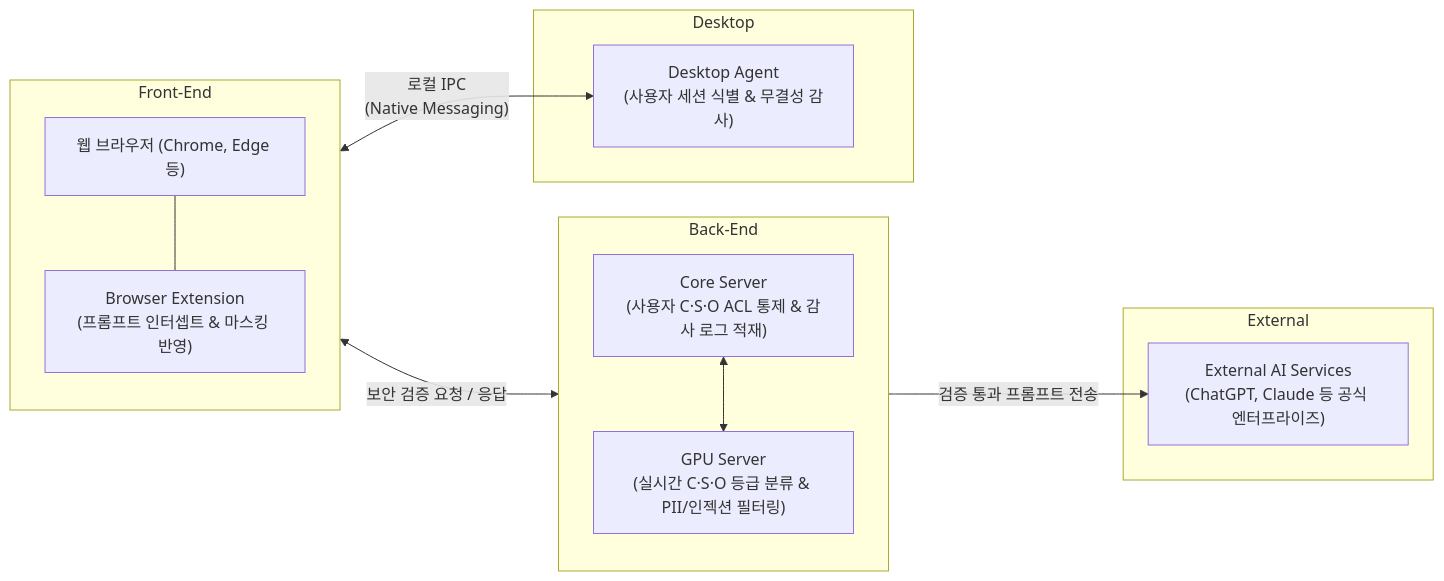
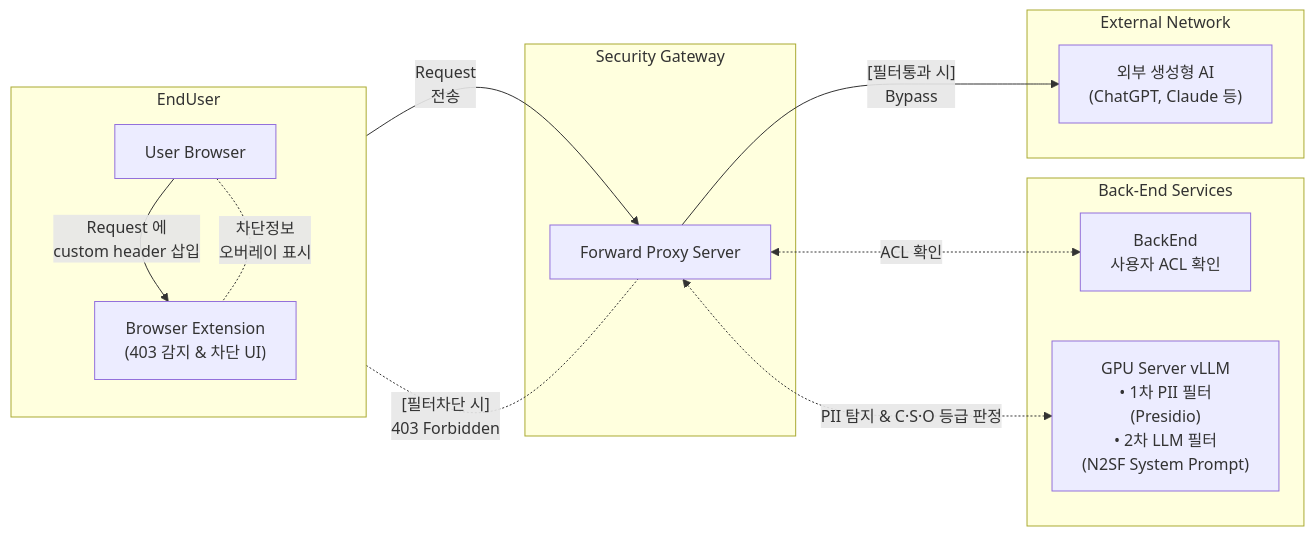
The diagram in docs/writing/2026/12c61b06-a1d1-4ec8-aa63-2b7b22762bb4.md (orselv99/orselv99.github.io), drawn with Mermaid before and after one commit. The commit also changed other lines of this file and 10 other files, not shown here.

````diff
--- a/docs/writing/2026/12c61b06-a1d1-4ec8-aa63-2b7b22762bb4.md
+++ b/docs/writing/2026/12c61b06-a1d1-4ec8-aa63-2b7b22762bb4.md
@@ -41,33 +41,32 @@
 ```mermaid
 flowchart LR
-    %% 1. Front-End
-    subgraph FrontEnd["Front-End"]
+    subgraph EndUser["EndUser"]
         direction TB
-        Browser["웹 브라우저 (Chrome, Edge 등)"]
-        Extension["Browser Extension<br/>(프롬프트 인터셉트 & 마스킹 반영)"]
-        Browser --- Extension
+        Browser["User Browser"]
+        Ext["Browser Extension<br/>(403 감지 & 차단 UI)"]
     end
 
-    %% 2. Desktop
-    subgraph Desktop["Desktop"]
-        Agent["Desktop Agent<br/>(사용자 세션 식별 & 무결성 감사)"]
+    subgraph ProxyLayer["Security Gateway"]
+        Proxy["Forward Proxy Server"]
     end
 
-    %% 3. Back-End
-    subgraph BackEnd["Back-End"]
-        direction TB
-        CoreServer["Core Server<br/>(사용자 C·S·O ACL 통제 & 감사 로그 적재)"]
-        GPUServer["GPU Server<br/>(실시간 C·S·O 등급 분류 & PII/인젝션 필터링)"]
-        CoreServer <--> GPUServer
+    subgraph Back-End Services["Back-End Services"]
+        BackEnd["BackEnd<br/>사용자 ACL 확인"]
+        GPUServer["GPU Server vLLM<br/>• 1차 PII 필터<br/>(Presidio)<br/>• 2차 LLM 필터<br/>(N2SF System Prompt)"]
     end
 
-    %% 4. External
-    subgraph External["External"]
-        ExternalAI["External AI Services<br/>(ChatGPT, Claude 등 공식 엔터프라이즈)"]
+    subgraph External["External Network"]
+        ISP["외부 생성형 AI<br/>(ChatGPT, Claude 등)"]
     end
 
-    %% 컴포넌트 간 연결
-    Extension <-->|"로컬 IPC<br/>(Native Messaging)"| Agent
-    Extension <-->|"보안 검증 요청 / 응답"| CoreServer
-    CoreServer -->|"검증 통과 프롬프트 전송"| ExternalAI
+
+    Browser -->|"Request 에<br/>custom header 삽입"| Ext
+    Ext -->|"Request<br/>전송"| Proxy
+
+    Proxy <-.->|"ACL 확인"| BackEnd
+    Proxy <-.->|"PII 탐지 & C·S·O 등급 판정"| GPUServer
+
+    Proxy -->|"[필터통과 시]<br/>Bypass"| ISP
+    Ext <-.-|"[필터차단 시]<br/>403 Forbidden"| Proxy
+    Browser <-.-|"차단정보<br/>오버레이 표시"| Ext
 ```
````
